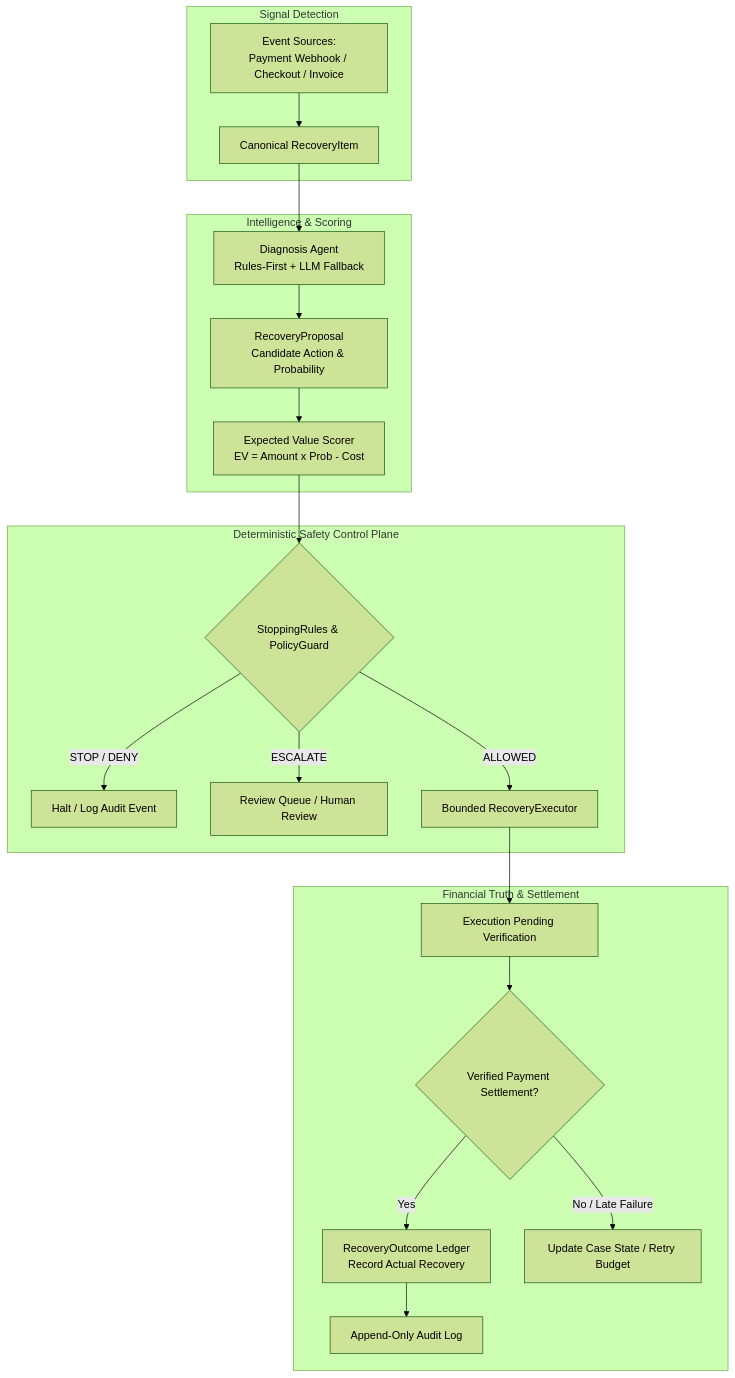
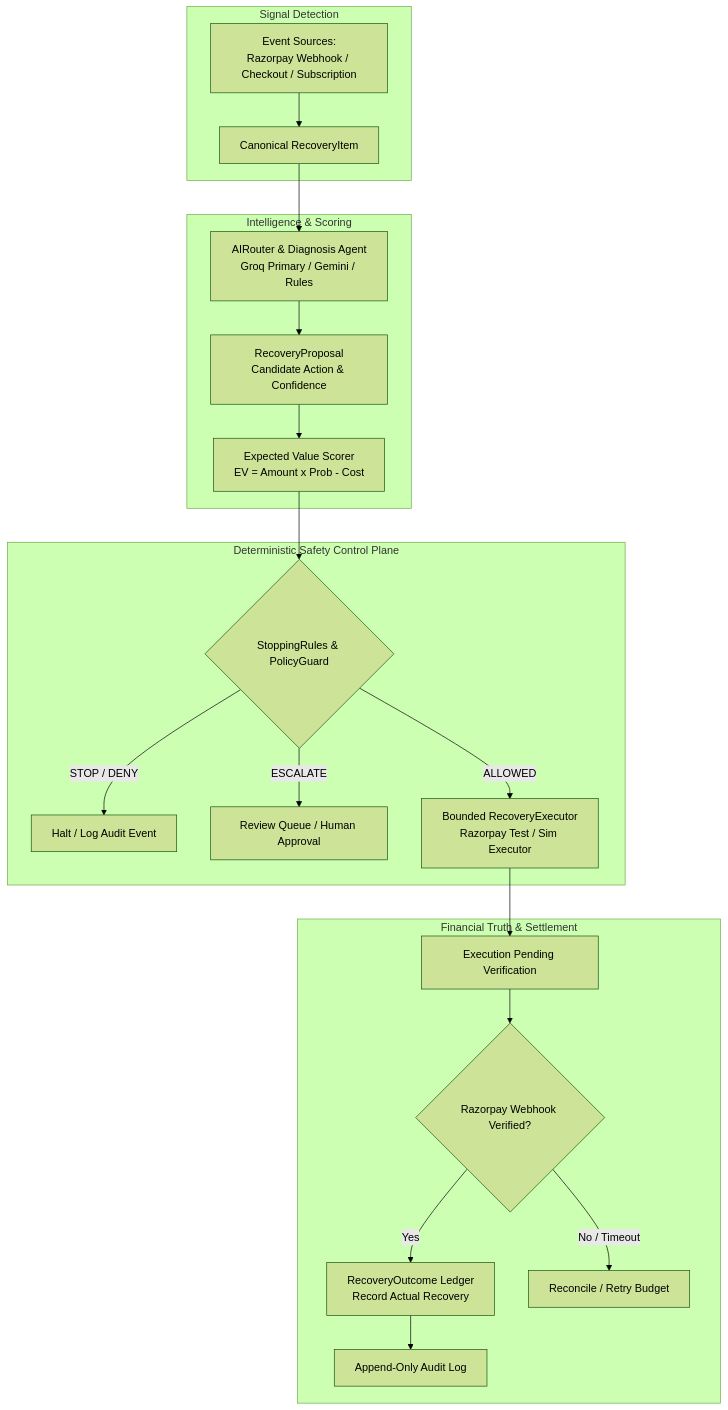
The diagram in README.md (3305infinity/RevPlug), drawn with Mermaid (forest theme) before and after one commit. The commit also changed other lines of this file and 74 other files, not shown here.

````diff
--- a/README.md
+++ b/README.md
@@ -45,27 +111,27 @@
 ```mermaid
 flowchart TD
     subgraph Signal Detection
-        A[Event Sources:\nPayment Webhook / Checkout / Invoice] --> B[Canonical RecoveryItem]
+        A[Event Sources:\nRazorpay Webhook / Checkout / Subscription] --> B[Canonical RecoveryItem]
     end
 
     subgraph Intelligence & Scoring
-        B --> C[Diagnosis Agent\nRules-First + LLM Fallback]
-        C --> D[RecoveryProposal\nCandidate Action & Probability]
+        B --> C[AIRouter & Diagnosis Agent\nGroq Primary / Gemini / Rules]
+        C --> D[RecoveryProposal\nCandidate Action & Confidence]
         D --> E[Expected Value Scorer\nEV = Amount x Prob - Cost]
     end
 
     subgraph Deterministic Safety Control Plane
         E --> F{StoppingRules & PolicyGuard}
         F -- STOP / DENY --> G[Halt / Log Audit Event]
-        F -- ESCALATE --> H[Review Queue / Human Review]
-        F -- ALLOWED --> I[Bounded RecoveryExecutor]
+        F -- ESCALATE --> H[Review Queue / Human Approval]
+        F -- ALLOWED --> I[Bounded RecoveryExecutor\nRazorpay Test / Sim Executor]
     end
 
     subgraph Financial Truth & Settlement
         I --> J[Execution Pending Verification]
-        J --> K{Verified Payment Settlement?}
+        J --> K{Razorpay Webhook Verified?}
         K -- Yes --> L[RecoveryOutcome Ledger\nRecord Actual Recovery]
-        K -- No / Late Failure --> M[Update Case State / Retry Budget]
+        K -- No / Timeout --> M[Reconcile / Retry Budget]
         L --> N[Append-Only Audit Log]
     end
 ```
````
